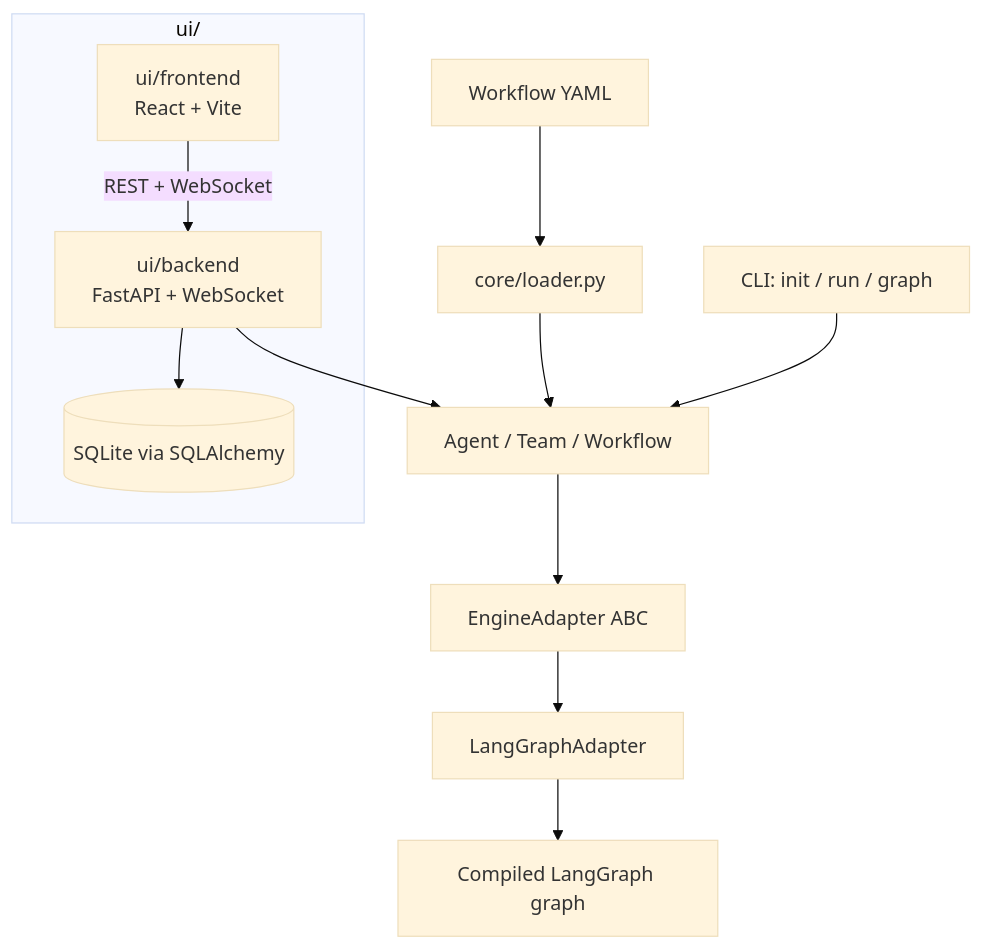
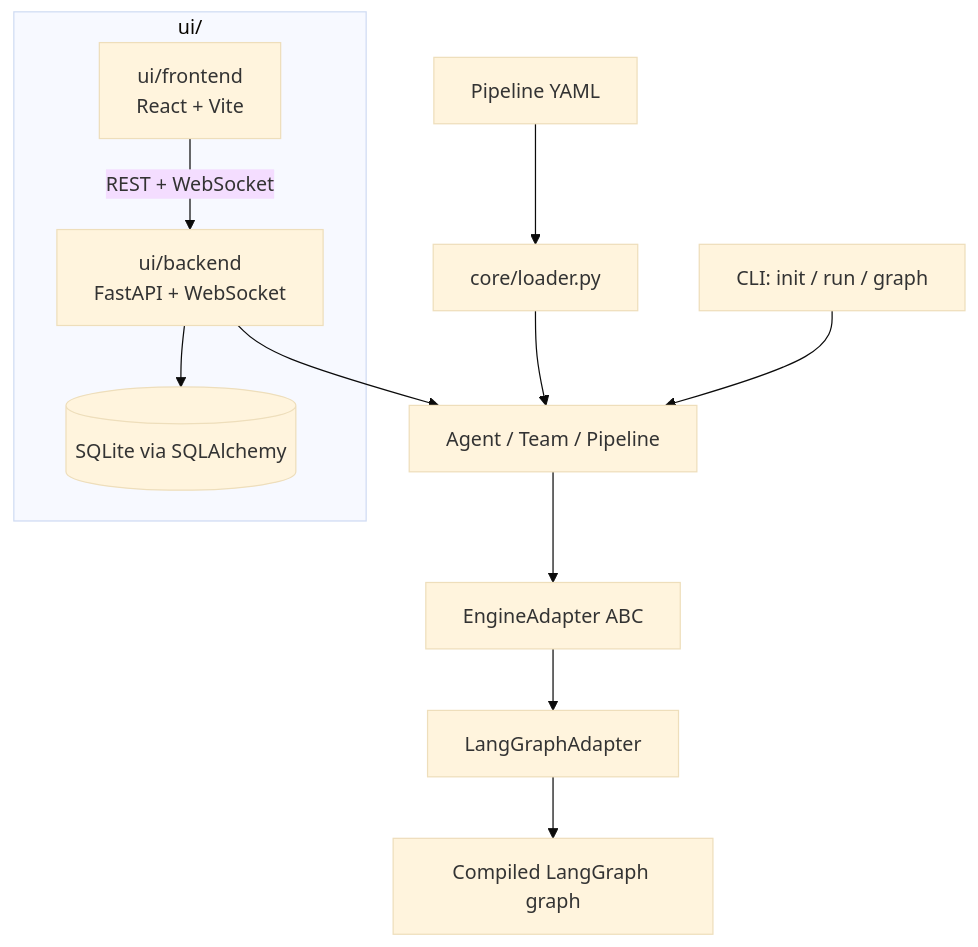
The diagram in docs/ARCHITECTURE.md (GavinLai2023/bestteam), drawn with Mermaid (base theme) before and after one commit. The commit also changed other lines of this file and 168 other files, not shown here.

First line of the commit message:
refactor: rename Workflow to Pipeline across SDK, backend, frontend, and docs

````diff
--- a/docs/ARCHITECTURE.md
+++ b/docs/ARCHITECTURE.md
@@ -10,20 +10,20 @@
 ```mermaid
 graph TB
-    YAML["Workflow YAML"] --> Loader["core/loader.py"]
-    Loader --> SDK["Agent / Team / Workflow"]
+    YAML["Pipeline YAML"] --> Loader["core/loader.py"]
+    Loader --> SDK["Agent / Team / Pipeline"]
     SDK --> Adapter["EngineAdapter ABC"]
     Adapter --> LG["LangGraphAdapter"]
     LG --> Compiled["Compiled LangGraph graph"]
 
     CLI["CLI: init / run / graph"] --> SDK
 
     subgraph UI["ui/"]
         Backend["ui/backend\nFastAPI + WebSocket"]
         DB[("SQLite via SQLAlchemy")]
         Frontend["ui/frontend\nReact + Vite"]
     end
 
     Backend --> SDK
     Backend --> DB
     Frontend -- "REST + WebSocket" --> Backend
 ```
````
